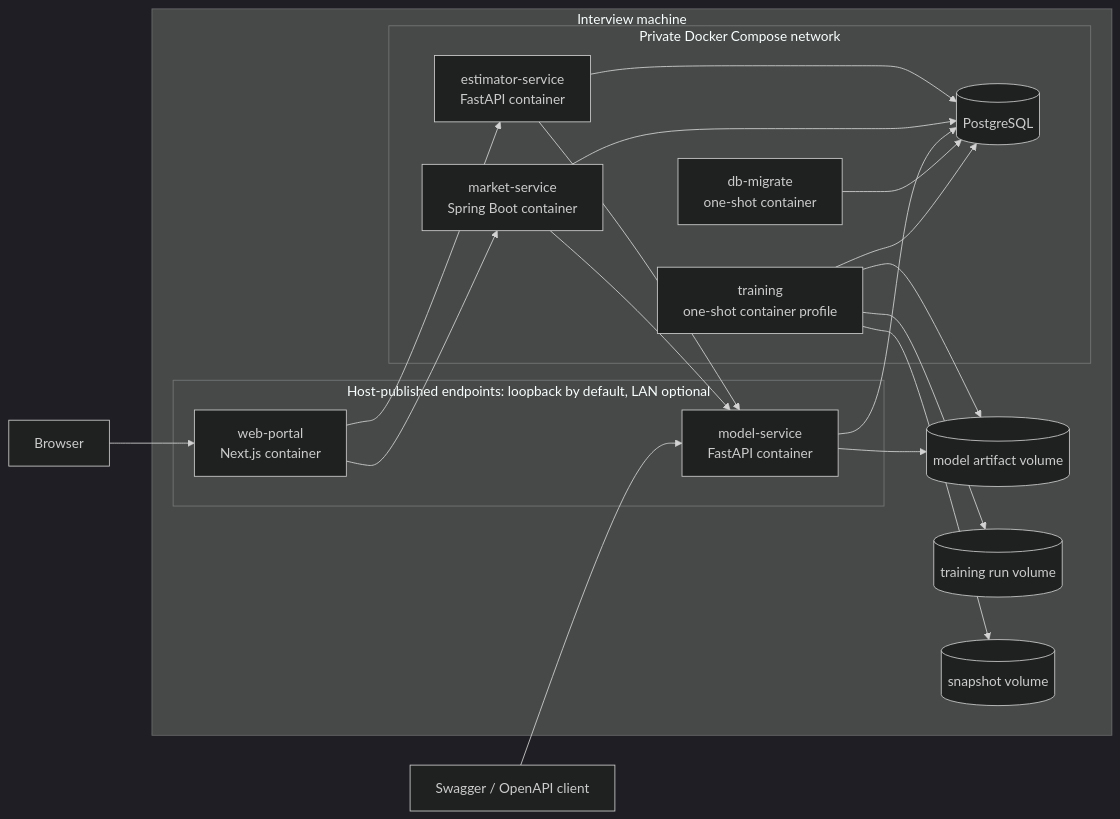
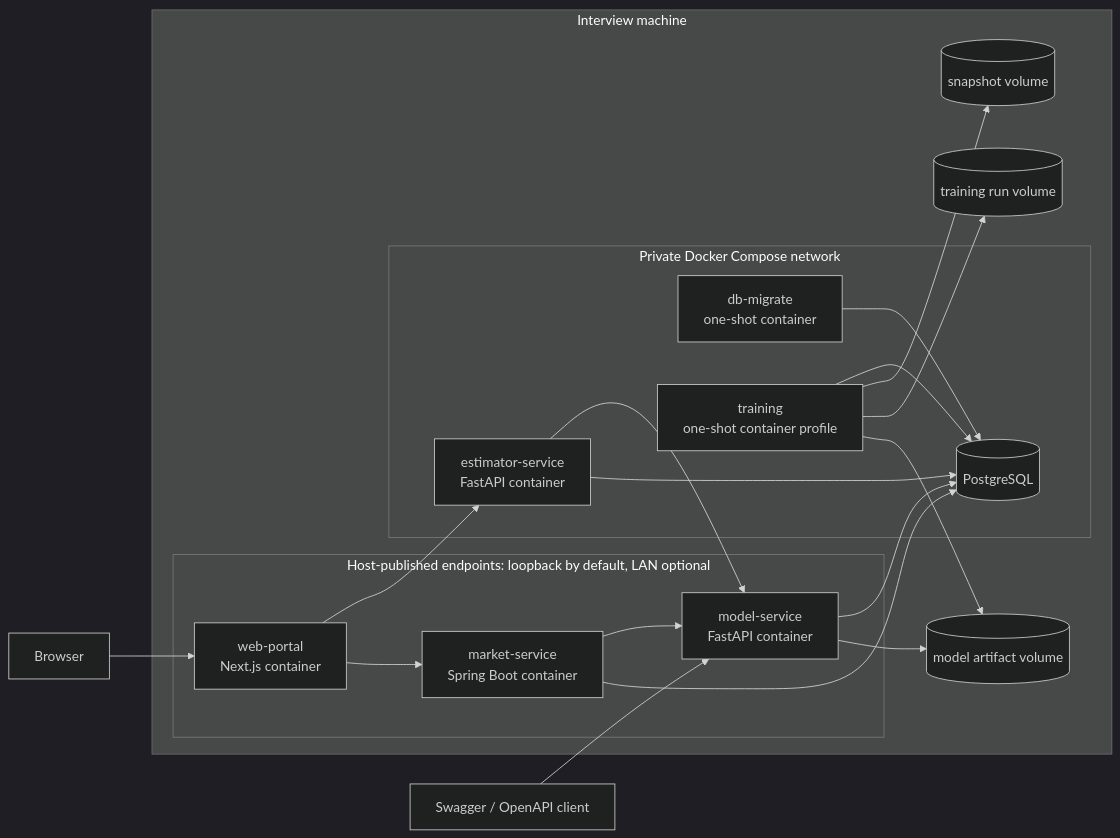
The first of 3 diagrams in docs/architecture.md (ChenhuaFan/house-price-estimator), drawn with Mermaid (dark theme) before and after one commit. The commit also changed other lines of this file and 74 other files, not shown here.

````diff
--- a/docs/architecture.md
+++ b/docs/architecture.md
@@ -39,40 +39,40 @@
 ```mermaid
 flowchart LR
     Browser[Browser]
     Interviewer[Swagger / OpenAPI client]
 
     subgraph Host[Interview machine]
         subgraph Public[Host-published endpoints: loopback by default, LAN optional]
             Portal[web-portal<br/>Next.js container]
             Model[model-service<br/>FastAPI container]
+            Market[market-service<br/>Spring Boot container]
         end
 
         subgraph Private[Private Docker Compose network]
             Estimator[estimator-service<br/>FastAPI container]
-            Market[market-service<br/>Spring Boot container]
             DB[(PostgreSQL)]
             Migration[db-migrate<br/>one-shot container]
             Training[training<br/>one-shot container profile]
         end
 
         Artifacts[(model artifact volume)]
         Runs[(training run volume)]
         Snapshots[(snapshot volume)]
     end
 
     Browser --> Portal
     Interviewer --> Model
     Portal --> Estimator
     Portal --> Market
     Estimator --> Model
     Market --> Model
     Estimator --> DB
     Market --> DB
     Model --> DB
     Model --> Artifacts
     Migration --> DB
     Training --> DB
     Training --> Snapshots
     Training --> Runs
     Training --> Artifacts
 ```
````
